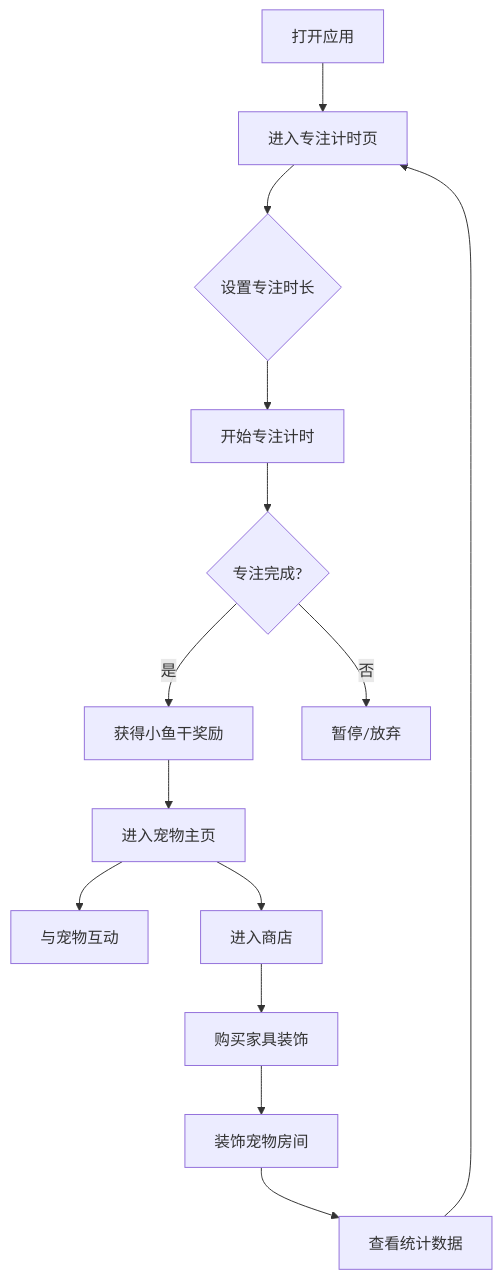
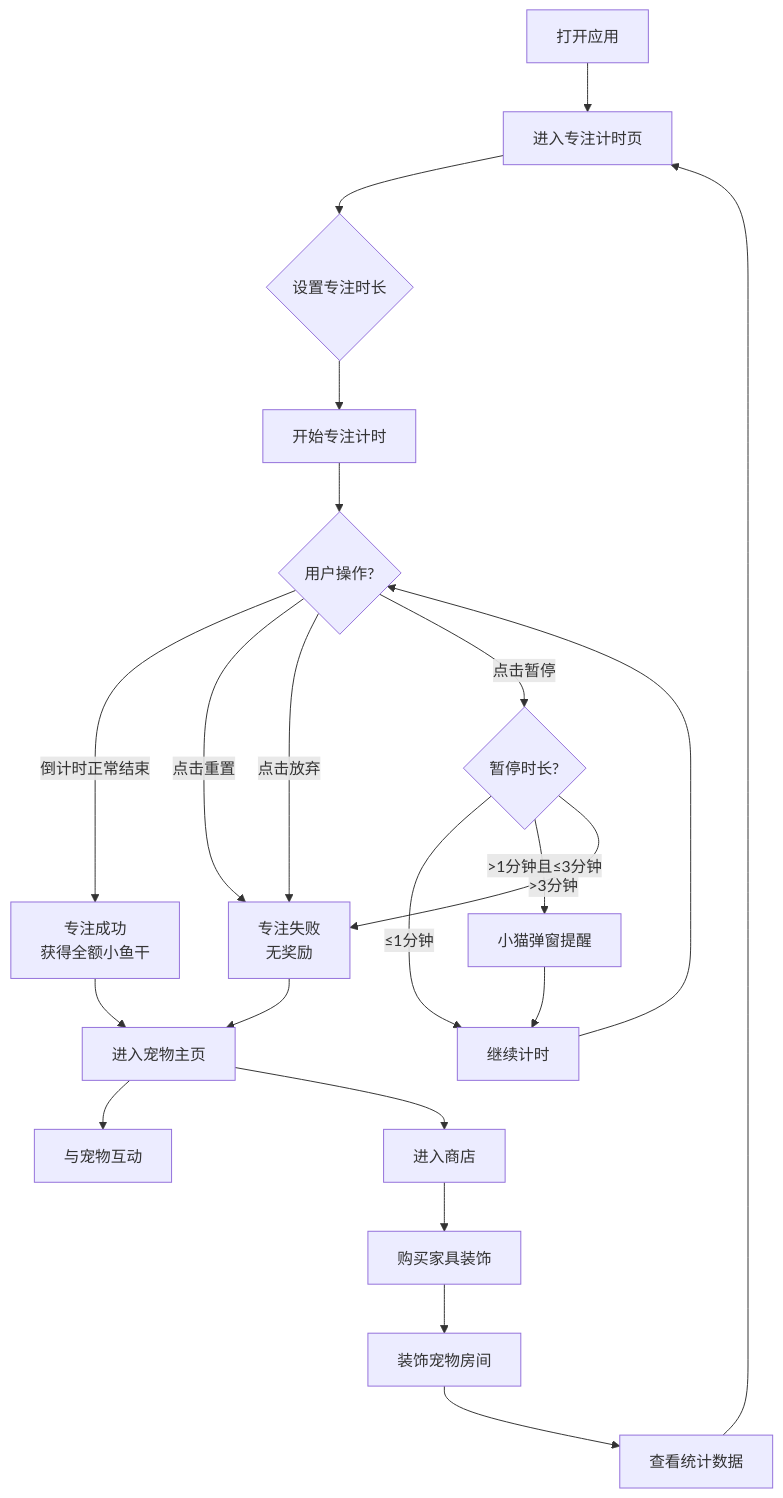
Before and after one commit to 905585272/Clock: the diagram in PRD.md, drawn with Mermaid. The commit also changed other lines of this file, not shown here.

Commit message:
feat: 番茄钟小程序PRD方案

````diff
--- a/PRD.md
+++ b/PRD.md
@@ -35,16 +35,24 @@
 ```mermaid
 graph TD
     A[打开应用] --> B[进入专注计时页]
     B --> C{设置专注时长}
     C --> D[开始专注计时]
-    D --> E{专注完成?}
-    E -->|是| F[获得小鱼干奖励]
-    E -->|否| G[暂停/放弃]
-    F --> H[进入宠物主页]
-    H --> I[与宠物互动]
-    H --> J[进入商店]
-    J --> K[购买家具装饰]
-    K --> L[装饰宠物房间]
-    L --> M[查看统计数据]
-    M --> B
+    D --> E{用户操作?}
+    E -->|倒计时正常结束| F[专注成功<br/>获得全额小鱼干]
+    E -->|点击重置| G[专注失败<br/>无奖励]
+    E -->|点击放弃| G
+    E -->|点击暂停| H{暂停时长?}
+    H -->|≤1分钟| I[继续计时]
+    H -->|>1分钟且≤3分钟| J[小猫弹窗提醒]
+    J --> I
+    H -->|>3分钟| G
+    I --> E
+    F --> K[进入宠物主页]
+    G --> K
+    K --> L[与宠物互动]
+    K --> M[进入商店]
+    M --> N[购买家具装饰]
+    N --> O[装饰宠物房间]
+    O --> P[查看统计数据]
+    P --> B
 ```
````
